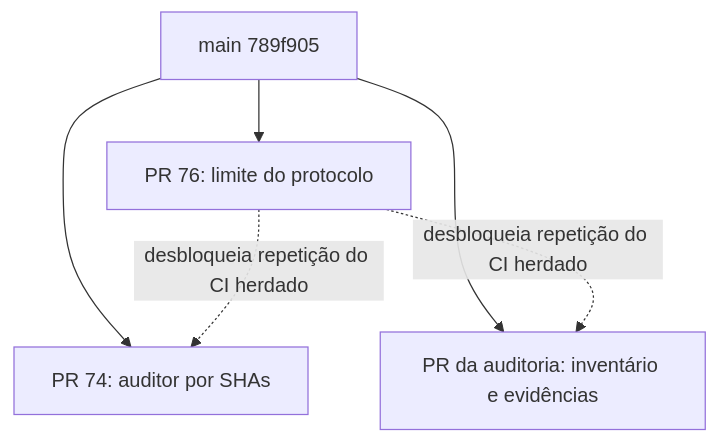
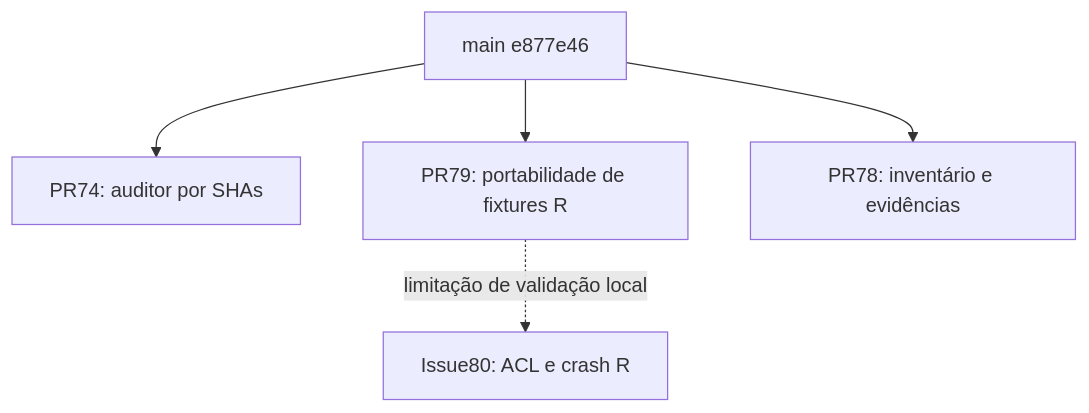
One commit to gusty22/sistema-de-estudos-FISCALSTUDY changed the diagram in docs/engineering/audits/2026-10-30/INTEGRATION_DEPENDENCIES.md. Above: the diagram before and after it, drawn with Mermaid. The commit also changed other lines of this file and 8 other files, not shown here.

````diff
--- a/docs/engineering/audits/2026-10-30/INTEGRATION_DEPENDENCIES.md
+++ b/docs/engineering/audits/2026-10-30/INTEGRATION_DEPENDENCIES.md
@@ -5,8 +5,7 @@
 ```mermaid
 graph TD
-  M["main 789f905"] --> B["PR 76: limite do protocolo"]
-  M --> A["PR 74: auditor por SHAs"]
-  M --> D["PR da auditoria: inventário e evidências"]
-  B -. "desbloqueia repetição do CI herdado" .-> A
-  B -. "desbloqueia repetição do CI herdado" .-> D
+ M["main e877e46"] --> A["PR74: auditor por SHAs"]
+ M --> R["PR79: portabilidade de fixtures R"]
+ M --> D["PR78: inventário e evidências"]
+ R -. "limitação de validação local" .-> X["Issue80: ACL e crash R"]
 ```
````
